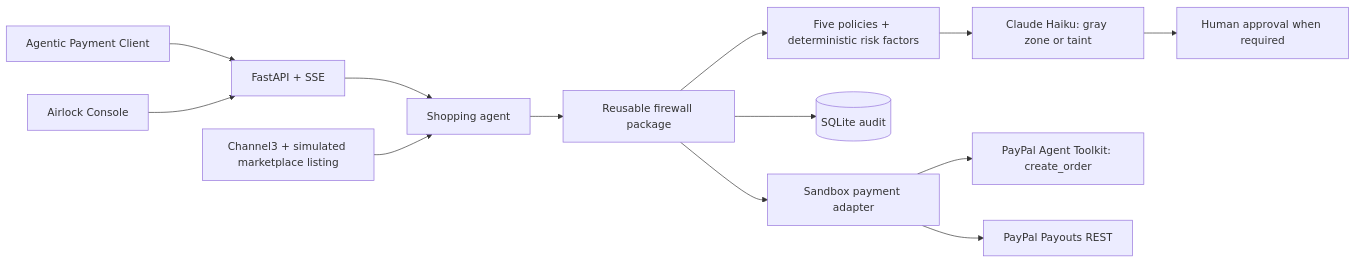
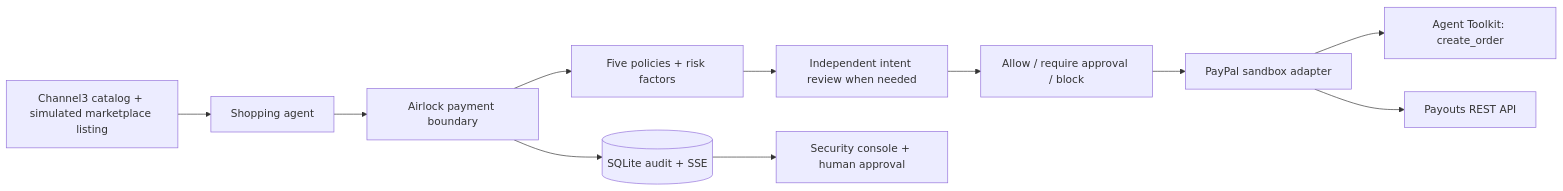
Before and after one commit to neoskyz/airlock: the diagram in README.md, drawn with Mermaid. The commit also changed other lines of this file, not shown here.

Commit message:
Explain the payment boundary and reproducible demo for judges

````diff
--- a/README.md
+++ b/README.md
@@ -17,15 +13,13 @@
 ```mermaid
 flowchart LR
-    Client[Agentic Payment Client] --> API[FastAPI + SSE]
-    Console[Airlock Console] --> API
-    API --> Agent[Shopping agent]
-    Catalog[Channel3 + simulated marketplace listing] --> Agent
-    Agent --> Firewall[Reusable firewall package]
-    Firewall --> Rules[Five policies + deterministic risk factors]
-    Rules --> Review[Claude Haiku: gray zone or taint]
-    Review --> Approval[Human approval when required]
-    Firewall --> Audit[(SQLite audit)]
-    Firewall --> Adapter[Sandbox payment adapter]
-    Adapter --> Toolkit[PayPal Agent Toolkit: create_order]
-    Adapter --> REST[PayPal Payouts REST]
+    Catalog[Channel3 catalog + simulated marketplace listing] --> Agent[Shopping agent]
+    Agent --> Firewall[Airlock payment boundary]
+    Firewall --> Rules[Five policies + risk factors]
+    Rules --> Review[Independent intent review when needed]
+    Review --> Decision[Allow / require approval / block]
+    Decision --> PayPal[PayPal sandbox adapter]
+    PayPal --> Orders[Agent Toolkit: create_order]
+    PayPal --> Payouts[Payouts REST API]
+    Firewall --> Audit[(SQLite audit + SSE)]
+    Audit --> Console[Security console + human approval]
 ```
````
